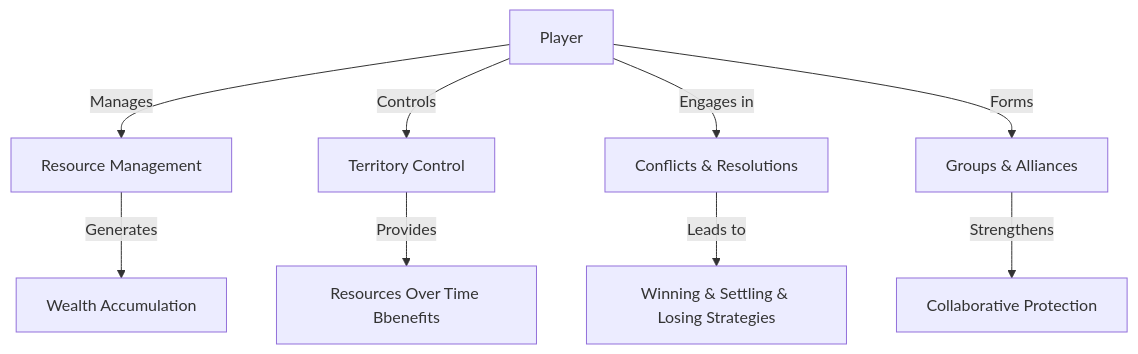
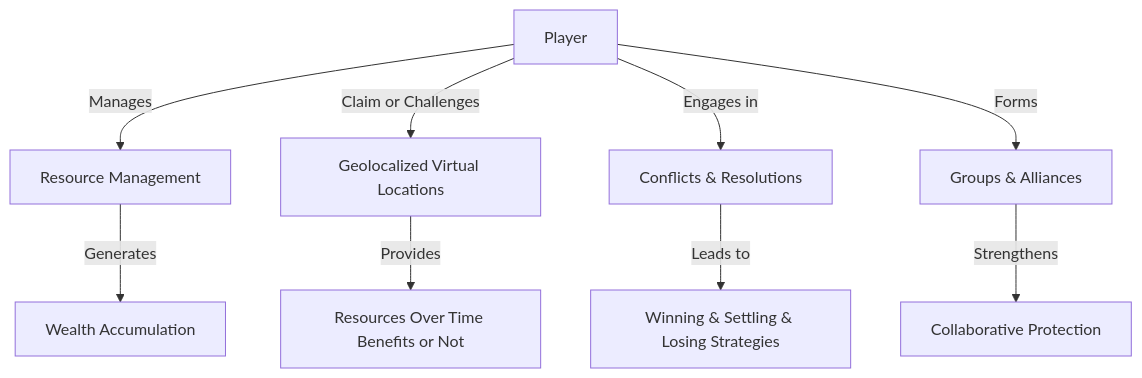
The second of 2 diagrams in README.md (cyberpunk042/wargames-framework), drawn with Mermaid before and after one commit.

````diff
--- a/README.md
+++ b/README.md
@@ -106,11 +106,11 @@
 ```mermaid
 graph TD;
     Player[Player] -->|Manages| Resources[Resource Management]
-    Player -->|Controls| Locations[Territory Control]
+    Player -->|Claim or Challenges| Locations[Geolocalized Virtual Locations]
     Player -->|Engages in| Interactions[Conflicts & Resolutions]  
     Player -->|Forms| Alliances[Groups & Alliances]
     Resources -->|Generates| Wealth[Wealth Accumulation]
-    Locations -->|Provides| Advantages[Resources Over Time Bbenefits]
+    Locations -->|Provides| Advantages[Resources Over Time Benefits or Not]
     Interactions -->|Leads to| Outcomes[Winning & Settling & Losing Strategies]
     Alliances -->|Strengthens| Defense[Collaborative Protection]
 ```
````
